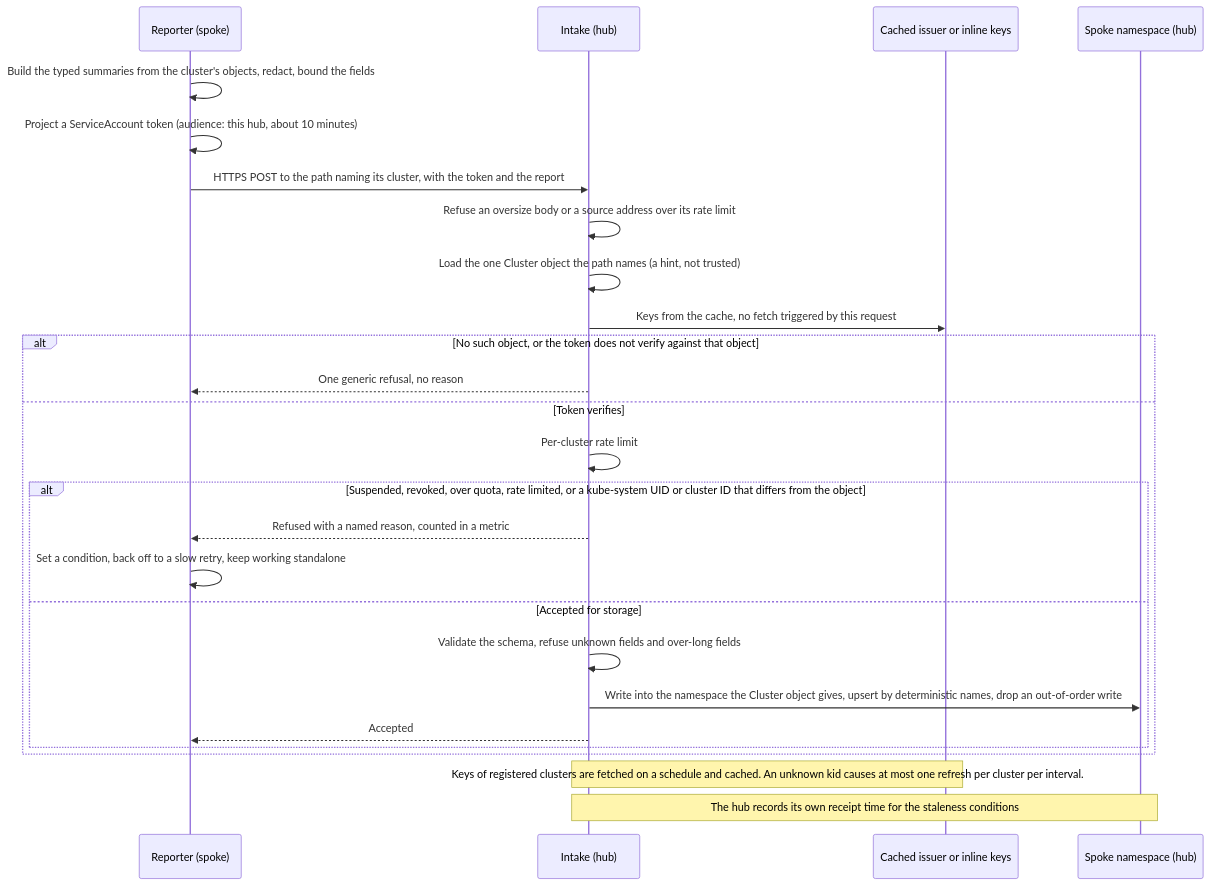
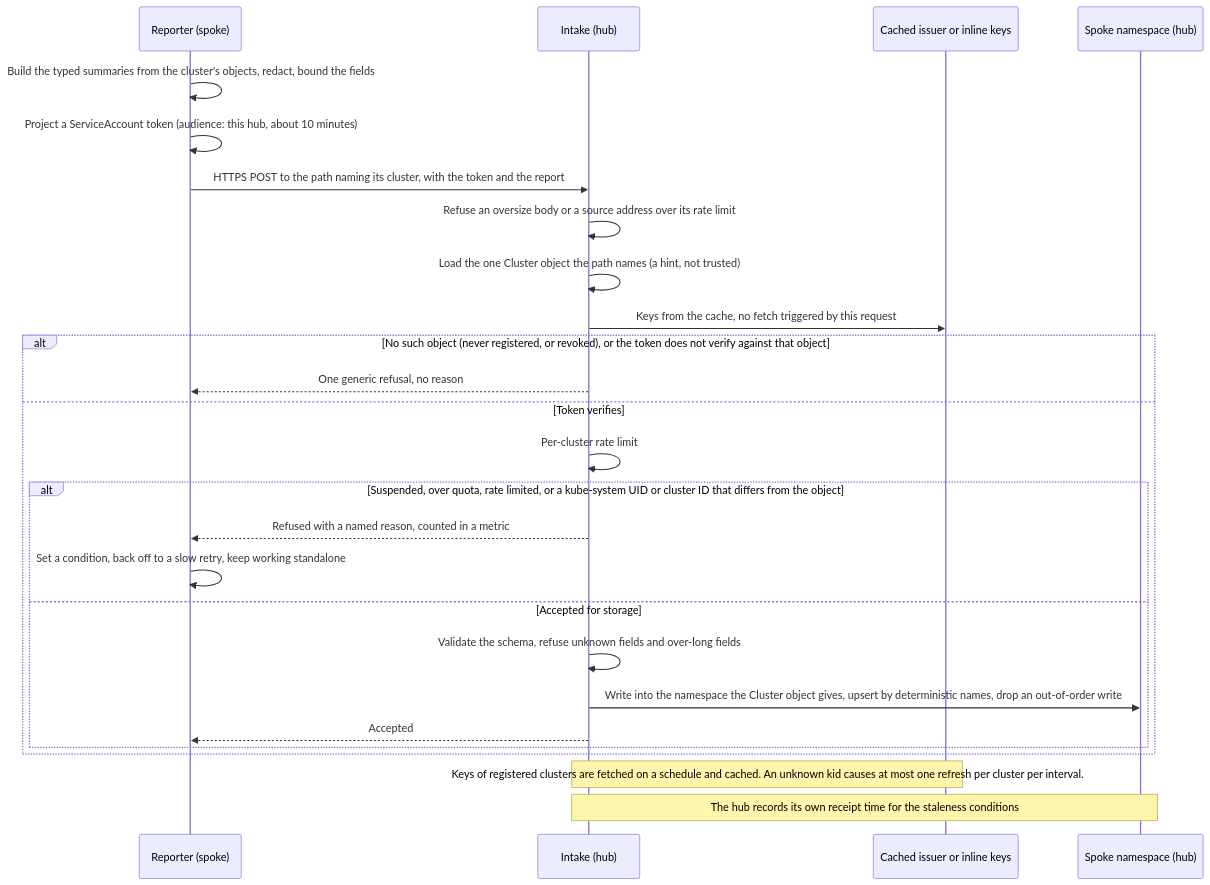
One commit to pkalin/shadewright changed the second of 2 diagrams in docs/adr/0038-control-plane-mode-a-hub-that-many-clusters-report-to.md. Above: the diagram before and after it, drawn with Mermaid. The commit also changed other lines of this file and 2 other files, not shown here.

````diff
--- a/docs/adr/0038-control-plane-mode-a-hub-that-many-clusters-report-to.md
+++ b/docs/adr/0038-control-plane-mode-a-hub-that-many-clusters-report-to.md
@@ -293,28 +300,28 @@
 ```mermaid
 sequenceDiagram
     participant R as Reporter (spoke)
     participant I as Intake (hub)
     participant K as Cached issuer or inline keys
     participant N as Spoke namespace (hub)
     R->>R: Build the typed summaries from the cluster's objects, redact, bound the fields
     R->>R: Project a ServiceAccount token (audience: this hub, about 10 minutes)
     R->>I: HTTPS POST to the path naming its cluster, with the token and the report
     I->>I: Refuse an oversize body or a source address over its rate limit
     I->>I: Load the one Cluster object the path names (a hint, not trusted)
     I->>K: Keys from the cache, no fetch triggered by this request
-    alt No such object, or the token does not verify against that object
+    alt No such object (never registered, or revoked), or the token does not verify against that object
         I-->>R: One generic refusal, no reason
     else Token verifies
         I->>I: Per-cluster rate limit
-        alt Suspended, revoked, over quota, rate limited, or a kube-system UID or cluster ID that differs from the object
+        alt Suspended, over quota, rate limited, or a kube-system UID or cluster ID that differs from the object
             I-->>R: Refused with a named reason, counted in a metric
             R->>R: Set a condition, back off to a slow retry, keep working standalone
         else Accepted for storage
             I->>I: Validate the schema, refuse unknown fields and over-long fields
             I->>N: Write into the namespace the Cluster object gives, upsert by deterministic names, drop an out-of-order write
             I-->>R: Accepted
         end
     end
     Note over I,K: Keys of registered clusters are fetched on a schedule and cached. An unknown kid causes at most one refresh per cluster per interval.
     Note over I,N: The hub records its own receipt time for the staleness conditions
 ```
````
